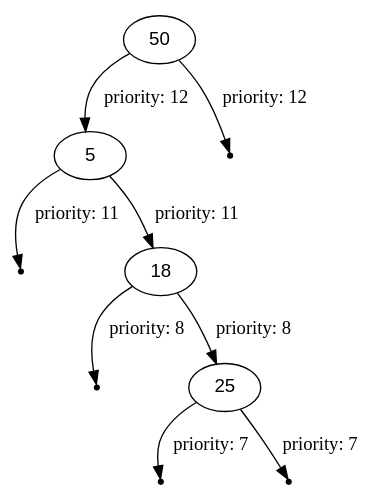
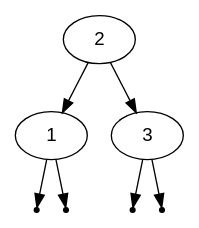
The diagram in visLib/out/dot/dump3.dot (NikitaEvs/trees), drawn with Graphviz before and after one commit. The commit also changed 220 other files, not shown here.

```diff
--- a/visLib/out/dot/dump3.dot
+++ b/visLib/out/dot/dump3.dot
@@ -1,16 +1,13 @@
 digraph BinarySearchTree {
     node [fontname = "Arial"];
-    50 -> 5 [label="priority: 12"];
+    2 -> 1;
     null0[shape=point];
-    5 -> null0 [label="priority: 11"];
-    5 -> 18 [label="priority: 11"];
+    1 -> null0;
     null1[shape=point];
-    18 -> null1 [label="priority: 8"];
-    18 -> 25 [label="priority: 8"];
+    1 -> null1;
+    2 -> 3;
     null2[shape=point];
-    25 -> null2 [label="priority: 7"];
+    3 -> null2;
     null3[shape=point];
-    25 -> null3 [label="priority: 7"];
-    null4[shape=point];
-    50 -> null4 [label="priority: 12"];
+    3 -> null3;
 }
```
